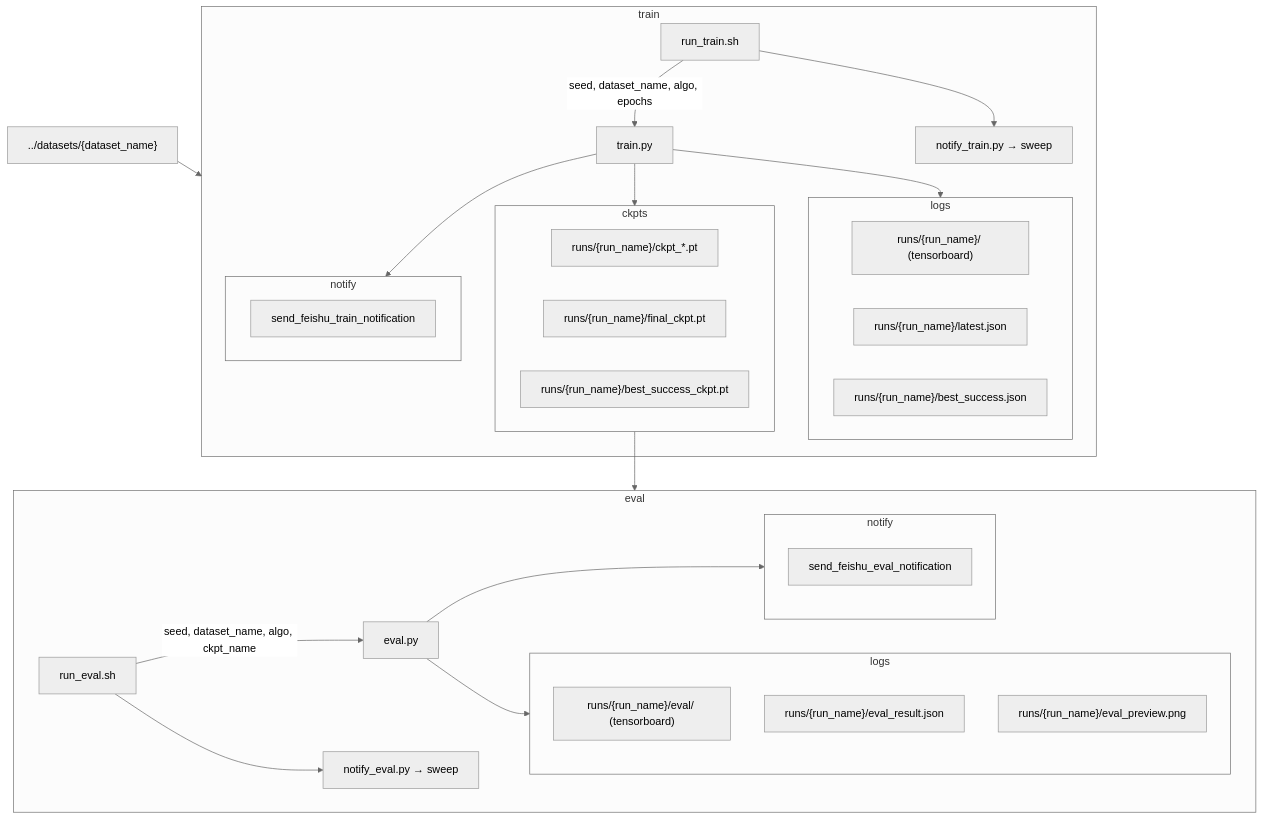
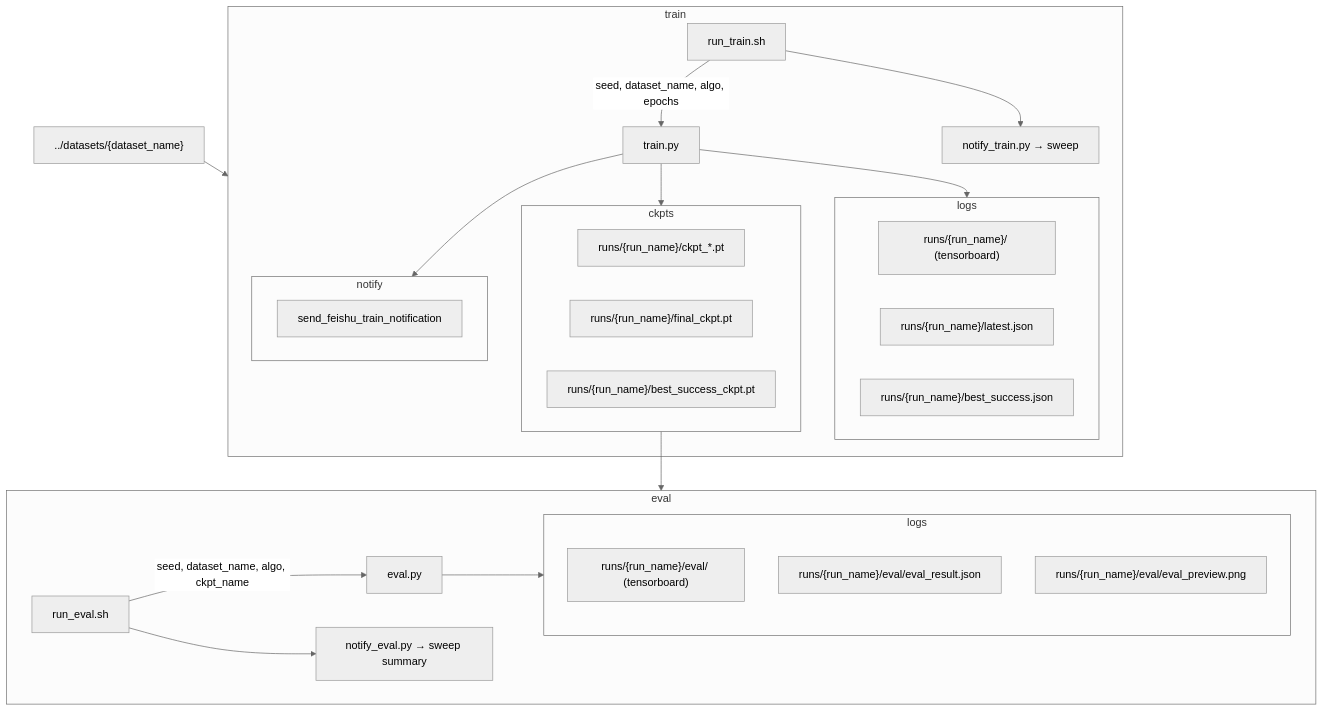
Before and after one commit to IBNBlank/maze_playground: the second of 4 diagrams in README.md, drawn with Mermaid (neutral theme). The commit also changed other lines of this file and 6 other files, not shown here.

````diff
--- a/README.md
+++ b/README.md
@@ -106,51 +106,46 @@
 ```mermaid
 flowchart TB
     dataset_data["../datasets/{dataset_name}"]
 
     dataset_data --> train
     subgraph train["train"]
         train_bash["run_train.sh"]
         train_bash --> |seed, dataset_name, algo, epochs| train_python["train.py"]
 
         train_python --> train_log
         subgraph train_log["logs"]
             train_log_tensorboard["runs/{run_name}/ (tensorboard)"]
             train_log_latest["runs/{run_name}/latest.json"]
             train_log_success["runs/{run_name}/best_success.json"]
         end
 
         train_python --> train_ckpt
         subgraph train_ckpt["ckpts"]
             train_ckpt_mid["runs/{run_name}/ckpt_*.pt"]
             train_ckpt_final["runs/{run_name}/final_ckpt.pt"]
             train_ckpt_success["runs/{run_name}/best_success_ckpt.pt"]
         end
 
         train_python --> train_notify
         subgraph train_notify["notify"]
             train_notify_job["send_feishu_train_notification"]
         end
 
         train_bash --> train_sweep["notify_train.py → sweep"]
     end
 
     train_ckpt --> eval
     subgraph eval["eval"]
         eval_bash["run_eval.sh"]
         eval_bash --> |seed, dataset_name, algo, ckpt_name| eval_python["eval.py"]
 
         eval_python --> eval_log
         subgraph eval_log["logs"]
             eval_log_tb["runs/{run_name}/eval/ (tensorboard)"]
-            eval_log_result["runs/{run_name}/eval_result.json"]
-            eval_log_preview["runs/{run_name}/eval_preview.png"]
+            eval_log_result["runs/{run_name}/eval/eval_result.json"]
+            eval_log_preview["runs/{run_name}/eval/eval_preview.png"]
         end
 
-        eval_python --> eval_notify
-        subgraph eval_notify["notify"]
-            eval_notify_job["send_feishu_eval_notification"]
-        end
-
-        eval_bash --> eval_sweep["notify_eval.py → sweep"]
+        eval_bash --> eval_sweep["notify_eval.py → sweep summary"]
     end
 ```
````
